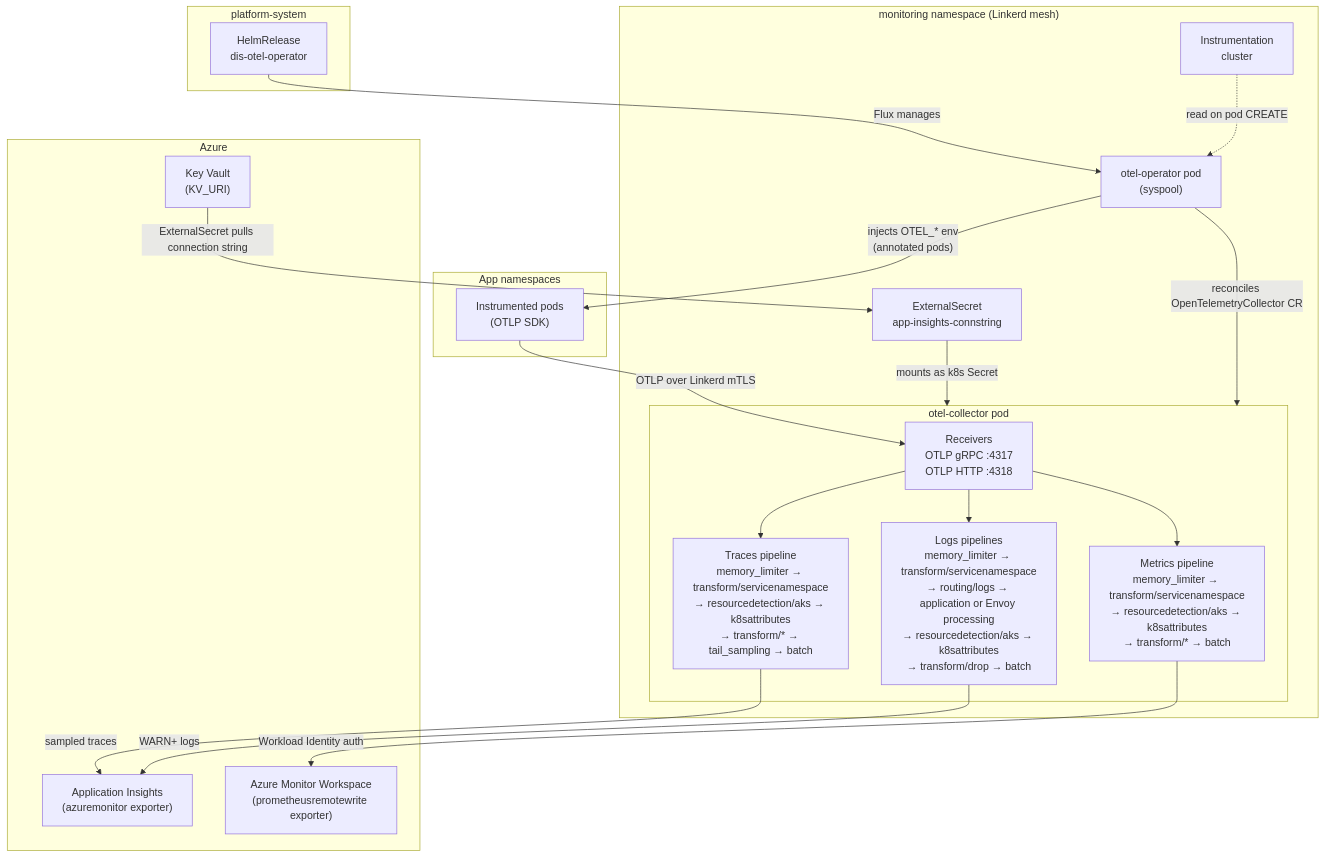
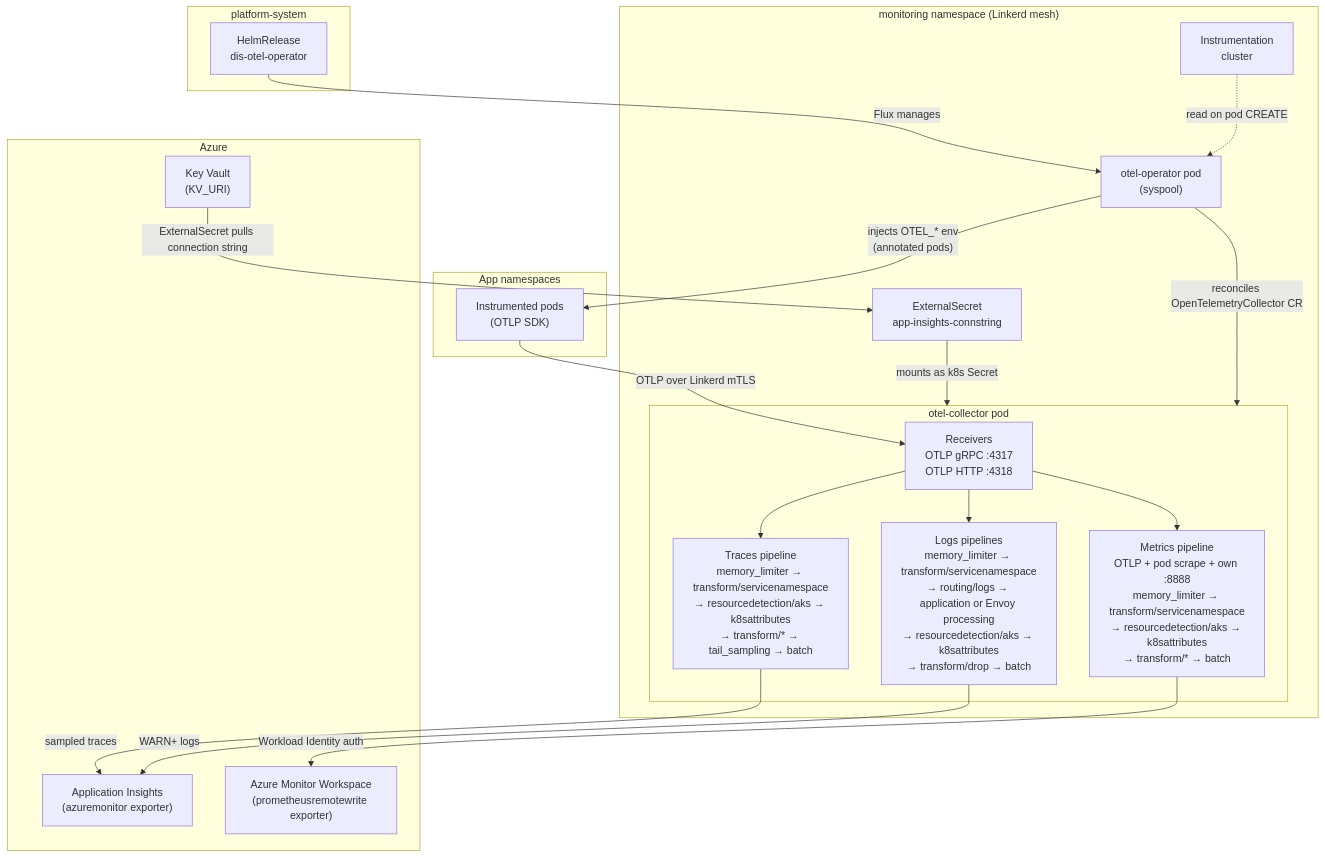
The first of 2 diagrams in oci/otel-collector/README.md (dis-way/gitops-manifests), drawn with Mermaid before and after one commit. The commit also changed other lines of this file and 1 other file, not shown here.

````diff
--- a/oci/otel-collector/README.md
+++ b/oci/otel-collector/README.md
@@ -7,40 +7,40 @@
 ```mermaid
 flowchart TB
     subgraph ps["platform-system"]
         hr["HelmRelease\ndis-otel-operator"]
     end
 
     subgraph mon["monitoring namespace (Linkerd mesh)"]
         op["otel-operator pod\n(syspool)"]
         inst["Instrumentation\ncluster"]
         es["ExternalSecret\napp-insights-connstring"]
         subgraph col["otel-collector pod"]
             recv["Receivers\nOTLP gRPC :4317\nOTLP HTTP :4318"]
             proc_t["Traces pipeline\nmemory_limiter → transform/servicenamespace\n→ resourcedetection/aks → k8sattributes\n→ transform/* → tail_sampling → batch"]
             proc_l["Logs pipelines\nmemory_limiter → transform/servicenamespace\n→ routing/logs → application or Envoy processing\n→ resourcedetection/aks → k8sattributes\n→ transform/drop → batch"]
-            proc_m["Metrics pipeline\nmemory_limiter → transform/servicenamespace\n→ resourcedetection/aks → k8sattributes\n→ transform/* → batch"]
+            proc_m["Metrics pipeline\nOTLP + pod scrape + own :8888\nmemory_limiter → transform/servicenamespace\n→ resourcedetection/aks → k8sattributes\n→ transform/* → batch"]
         end
     end
 
     subgraph apps["App namespaces"]
         app["Instrumented pods\n(OTLP SDK)"]
     end
 
     subgraph azure["Azure"]
         kv["Key Vault\n(KV_URI)"]
         ai["Application Insights\n(azuremonitor exporter)"]
         amw["Azure Monitor Workspace\n(prometheusremotewrite exporter)"]
     end
 
     hr -->|"Flux manages"| op
     op -->|"reconciles OpenTelemetryCollector CR"| col
     inst -.->|"read on pod CREATE"| op
     op -->|"injects OTEL_* env\n(annotated pods)"| app
     kv -->|"ExternalSecret pulls connection string"| es
     es -->|"mounts as k8s Secret"| col
     app -->|"OTLP over Linkerd mTLS"| recv
     recv --> proc_t & proc_l & proc_m
     proc_t -->|"sampled traces"| ai
     proc_l -->|"WARN+ logs"| ai
     proc_m -->|"Workload Identity auth"| amw
 ```
````
